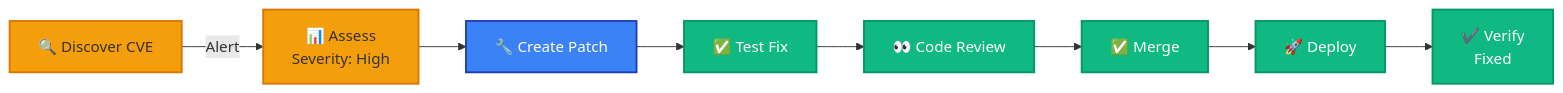
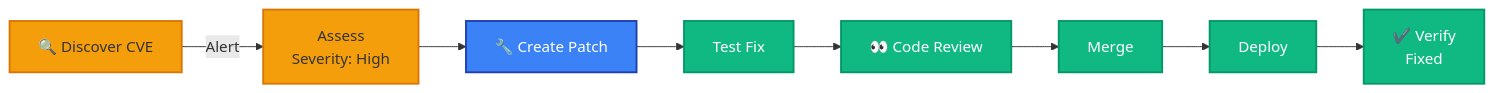
Before and after one commit to Aries-Serpent/_codex_: the second of 2 diagrams in docs/security/SECURITY_ARCHITECTURE.md, drawn with Mermaid. The commit also changed other lines of this file and 2029 other files, not shown here.

````diff
--- a/docs/security/SECURITY_ARCHITECTURE.md
+++ b/docs/security/SECURITY_ARCHITECTURE.md
@@ -221,19 +223,19 @@
 ```mermaid
 graph LR
-    Discover["🔍 Discover CVE"] -->|"Alert"| Assess["📊 Assess<br/>Severity: High"]
+    Discover["🔍 Discover CVE"] -->|"Alert"| Assess[" Assess<br/>Severity: High"]
     Assess --> Patch["🔧 Create Patch"]
-    Patch --> Test["✅ Test Fix"]
+    Patch --> Test[" Test Fix"]
     Test --> Review["👀 Code Review"]
-    Review --> Merge["✅ Merge"]
-    Merge --> Deploy["🚀 Deploy"]
+    Review --> Merge[" Merge"]
+    Merge --> Deploy[" Deploy"]
     Deploy --> Verify["✔️ Verify<br/>Fixed"]
 
     style Discover fill:#f59e0b,stroke:#d97706,stroke-width:2px
     style Assess fill:#f59e0b,stroke:#d97706,stroke-width:2px
     style Patch fill:#3b82f6,stroke:#1e40af,stroke-width:2px,color:#fff
     style Test fill:#10b981,stroke:#059669,stroke-width:2px,color:#fff
     style Review fill:#10b981,stroke:#059669,stroke-width:2px,color:#fff
     style Merge fill:#10b981,stroke:#059669,stroke-width:2px,color:#fff
     style Deploy fill:#10b981,stroke:#059669,stroke-width:2px,color:#fff
     style Verify fill:#10b981,stroke:#059669,stroke-width:2px,color:#fff
 ```
````
